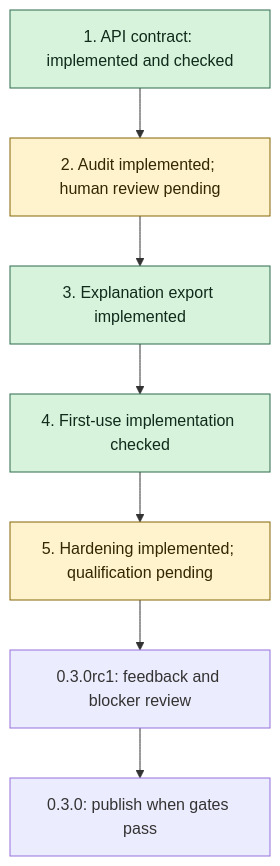
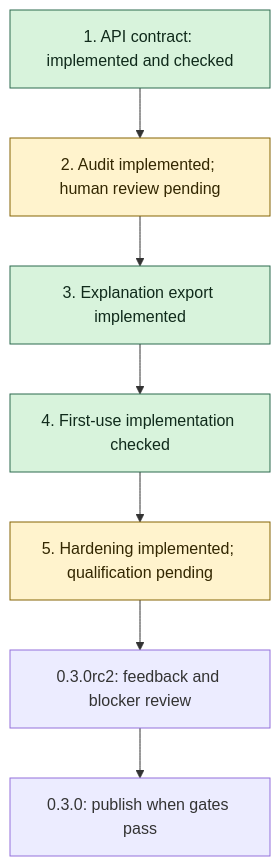
The diagram in docs/STABLE_RELEASE_PLAN.md (reetanshuh1998/Ramanujan_master_theorem), drawn with Mermaid before and after one commit. The commit also changed other lines of this file and 14 other files, not shown here.

````diff
--- a/docs/STABLE_RELEASE_PLAN.md
+++ b/docs/STABLE_RELEASE_PLAN.md
@@ -14,15 +14,15 @@
 ```mermaid
 flowchart TD
     A[1. API contract: implemented and checked]
     B[2. Audit implemented; human review pending]
     C[3. Explanation export implemented]
     D[4. First-use implementation checked]
     E[5. Hardening implemented; qualification pending]
     A --> B --> C --> D --> E
-    E --> R[0.3.0rc1: feedback and blocker review]
+    E --> R[0.3.0rc2: feedback and blocker review]
     R --> S[0.3.0: publish when gates pass]
     classDef done fill:#d8f3dc,stroke:#2d6a4f,color:#102a1b
     classDef next fill:#fff3cd,stroke:#856404,color:#332701
     class A,C,D done
     class B,E next
 ```
````
